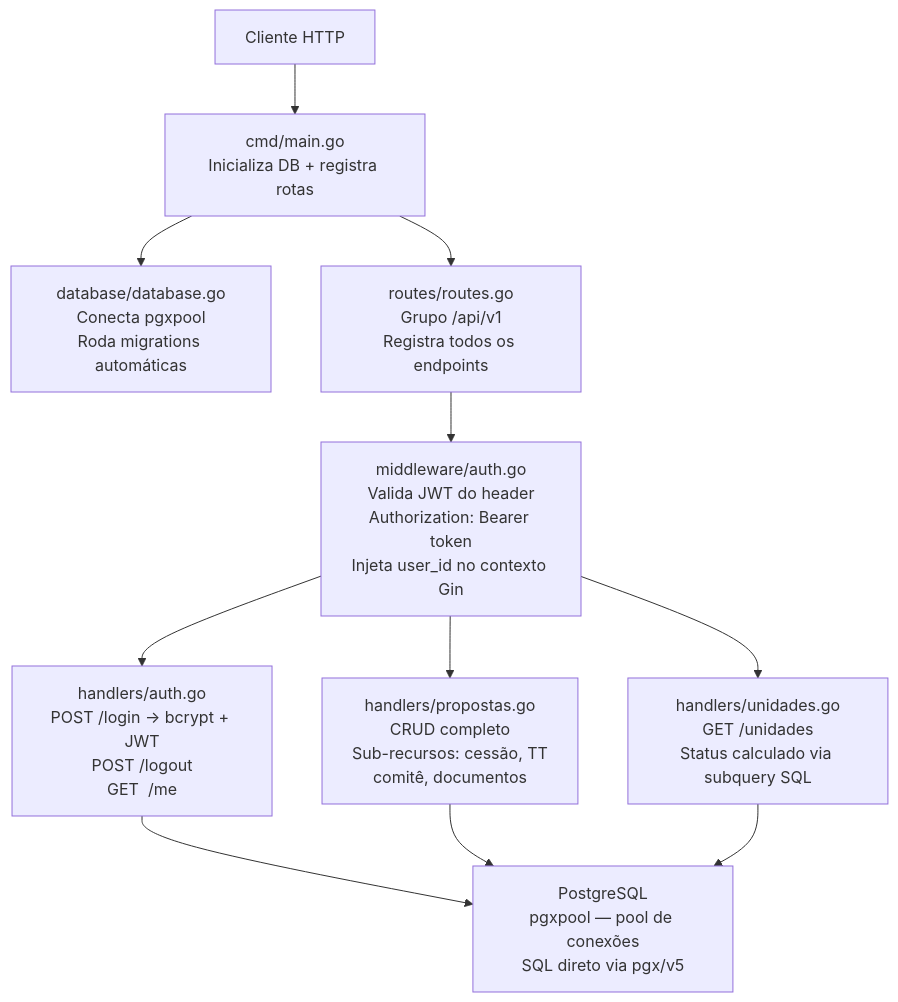
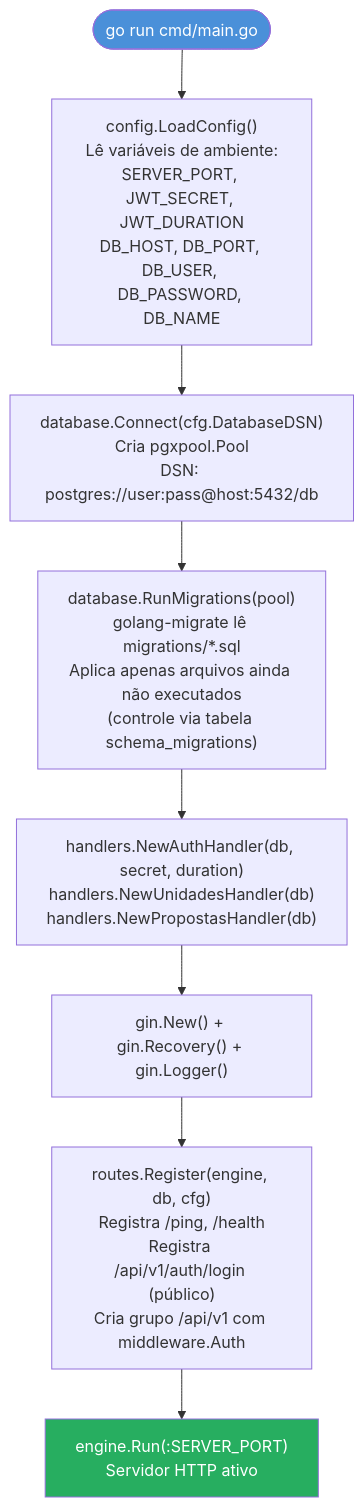
The sixth of 18 diagrams in README.md (Grupo6-ProjetoIntegrador/Projeto-Flamboyant), drawn with Mermaid before and after one commit. The commit also changed other lines of this file, not shown here.

````diff
--- a/README.md
+++ b/README.md
@@ -59,11 +347,13 @@
 ```mermaid
 flowchart TD
-    REQ["Cliente HTTP"] --> MAIN["cmd/main.go\nInicializa DB + registra rotas"]
-    MAIN --> DB_INIT["database/database.go\nConecta pgxpool\nRoda migrations automáticas"]
-    MAIN --> ROUTES["routes/routes.go\nGrupo /api/v1\nRegistra todos os endpoints"]
-    ROUTES --> MW["middleware/auth.go\nValida JWT do header\nAuthorization: Bearer token\nInjeta user_id no contexto Gin"]
-    MW --> H1["handlers/auth.go\nPOST /login → bcrypt + JWT\nPOST /logout\nGET  /me"]
-    MW --> H2["handlers/propostas.go\nCRUD completo\nSub-recursos: cessão, TT\ncomitê, documentos"]
-    MW --> H3["handlers/unidades.go\nGET /unidades\nStatus calculado via subquery SQL"]
-    H1 & H2 & H3 --> PG["PostgreSQL\npgxpool — pool de conexões\nSQL direto via pgx/v5"]
+    START([go run cmd/main.go]) --> CFG["config.LoadConfig()\nLê variáveis de ambiente:\nSERVER_PORT, JWT_SECRET, JWT_DURATION\nDB_HOST, DB_PORT, DB_USER, DB_PASSWORD, DB_NAME"]
+    CFG --> DB["database.Connect(cfg.DatabaseDSN)\nCria pgxpool.Pool\nDSN: postgres://user:pass@host:5432/db"]
+    DB --> MIG["database.RunMigrations(pool)\ngolang-migrate lê migrations/*.sql\nAplica apenas arquivos ainda não executados\n(controle via tabela schema_migrations)"]
+    MIG --> HANDLERS["handlers.NewAuthHandler(db, secret, duration)\nhandlers.NewUnidadesHandler(db)\nhandlers.NewPropostasHandler(db)"]
+    HANDLERS --> GIN["gin.New() + gin.Recovery() + gin.Logger()"]
+    GIN --> ROUTES["routes.Register(engine, db, cfg)\nRegistra /ping, /health\nRegistra /api/v1/auth/login (público)\nCria grupo /api/v1 com middleware.Auth"]
+    ROUTES --> LISTEN["engine.Run(:SERVER_PORT)\nServidor HTTP ativo"]
+
+    style START fill:#4A90D9,color:#fff
+    style LISTEN fill:#27AE60,color:#fff
 ```
````
